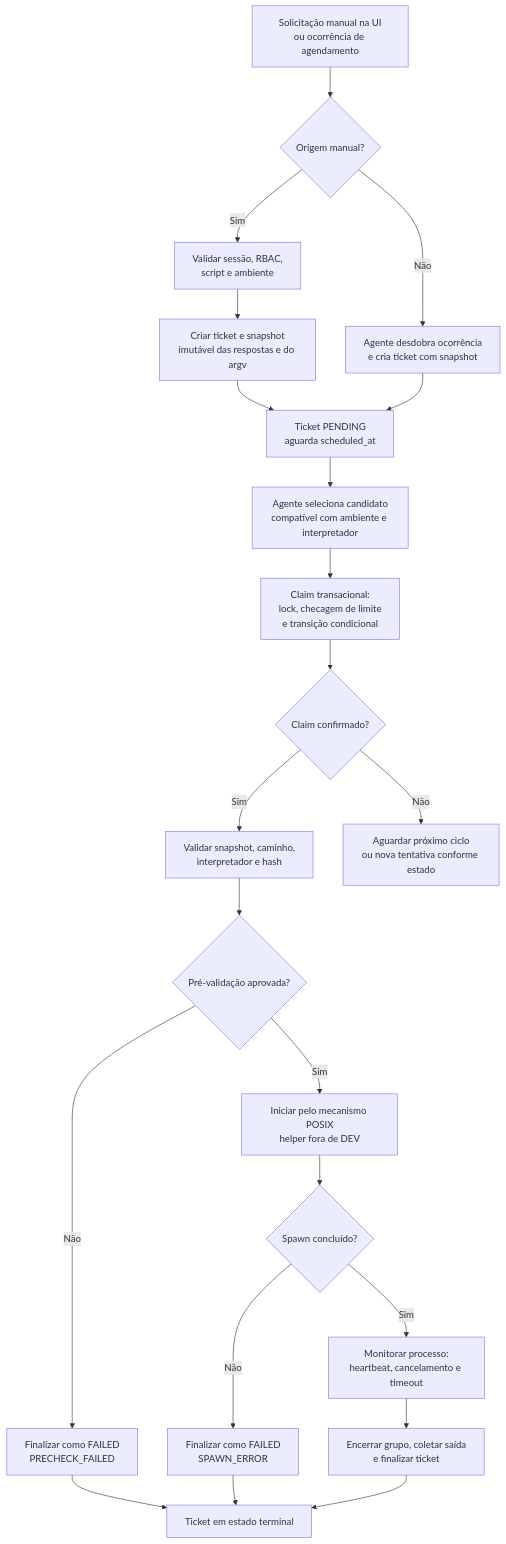
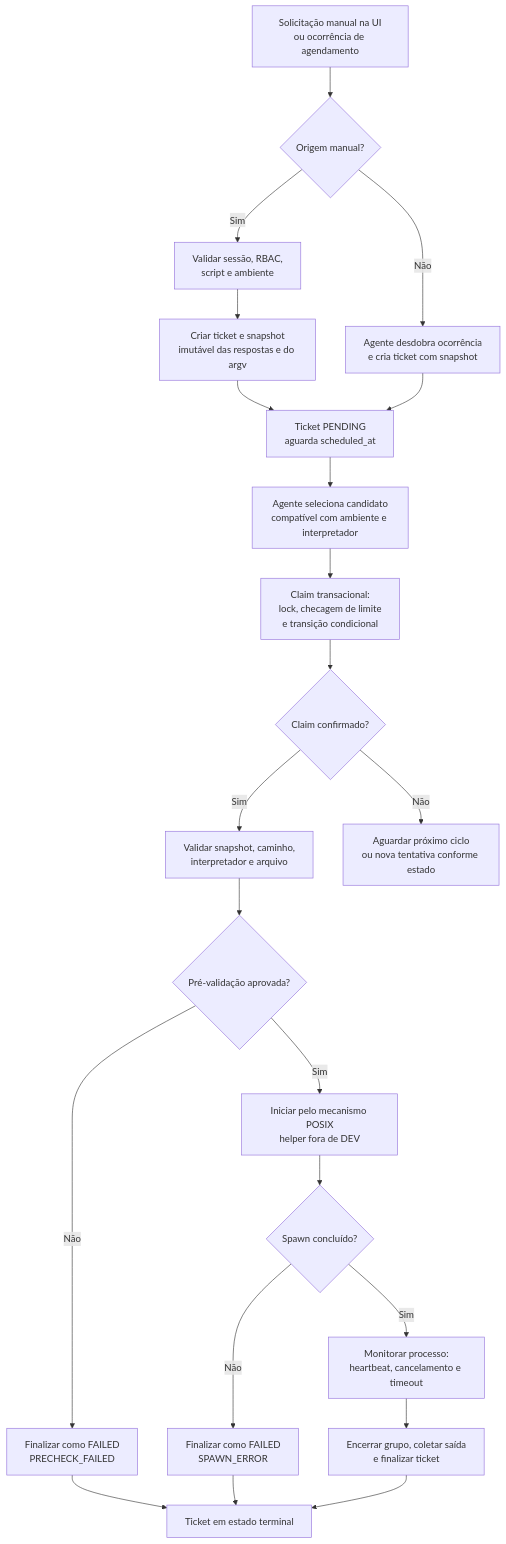
The second of 2 diagrams in README.md (ferreirasilvaeduardo/script_scheduling_service_web2py), drawn with Mermaid before and after one commit. The commit also changed other lines of this file and 26 other files, not shown here.

````diff
--- a/README.md
+++ b/README.md
@@ -3130,33 +3137,33 @@
 ```mermaid
 flowchart TD
     start["Solicitação manual na UI<br/>ou ocorrência de agendamento"]
     manual{"Origem manual?"}
     authorize["Validar sessão, RBAC,<br/>script e ambiente"]
     manual_ticket["Criar ticket e snapshot<br/>imutável das respostas e do argv"]
     schedule["Agente desdobra ocorrência<br/>e cria ticket com snapshot"]
     pending["Ticket PENDING<br/>aguarda scheduled_at"]
     select["Agente seleciona candidato<br/>compatível com ambiente e interpretador"]
     claim["Claim transacional:<br/>lock, checagem de limite<br/>e transição condicional"]
     claimed{"Claim confirmado?"}
-    precheck["Validar snapshot, caminho,<br/>interpretador e hash"]
+    precheck["Validar snapshot, caminho,<br/>interpretador e arquivo"]
     valid{"Pré-validação aprovada?"}
     spawn["Iniciar pelo mecanismo POSIX<br/>helper fora de DEV"]
     spawned{"Spawn concluído?"}
     monitor["Monitorar processo:<br/>heartbeat, cancelamento e timeout"]
     finish["Encerrar grupo, coletar saída<br/>e finalizar ticket"]
     precheck_failed["Finalizar como FAILED<br/>PRECHECK_FAILED"]
     spawn_failed["Finalizar como FAILED<br/>SPAWN_ERROR"]
     terminal["Ticket em estado terminal"]
     wait["Aguardar próximo ciclo<br/>ou nova tentativa conforme estado"]
 
     start --> manual
     manual -- "Sim" --> authorize --> manual_ticket --> pending
     manual -- "Não" --> schedule --> pending
     pending --> select --> claim --> claimed
     claimed -- "Não" --> wait
     claimed -- "Sim" --> precheck --> valid
     valid -- "Não" --> precheck_failed --> terminal
     valid -- "Sim" --> spawn --> spawned
     spawned -- "Não" --> spawn_failed --> terminal
     spawned -- "Sim" --> monitor --> finish --> terminal
 ```
````
